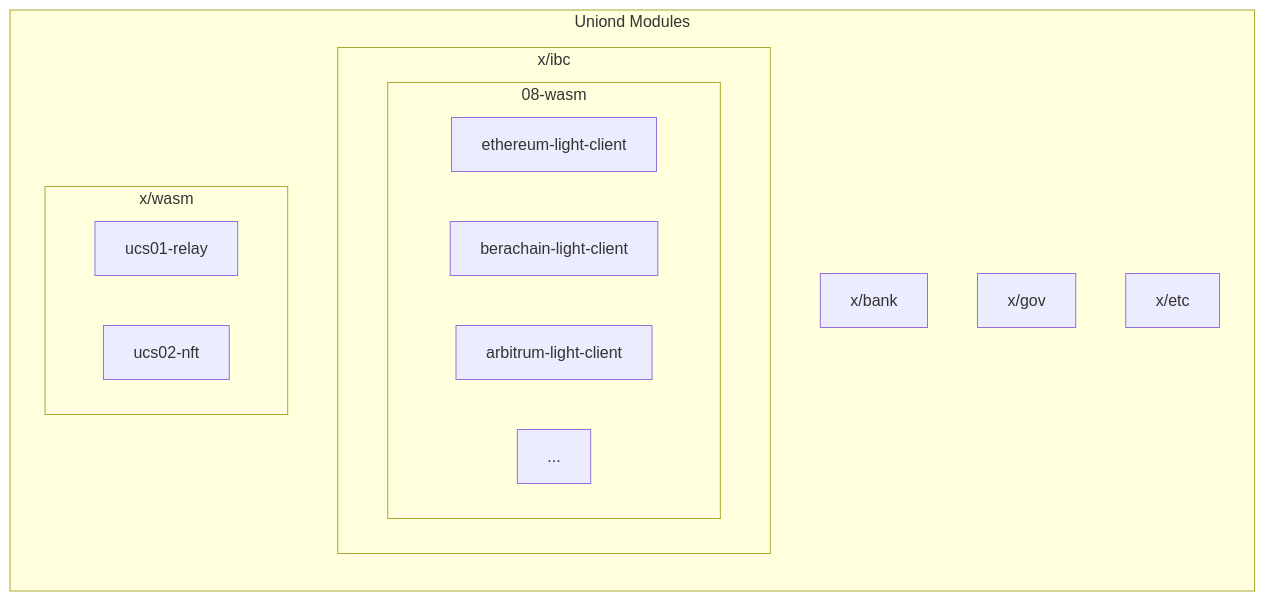
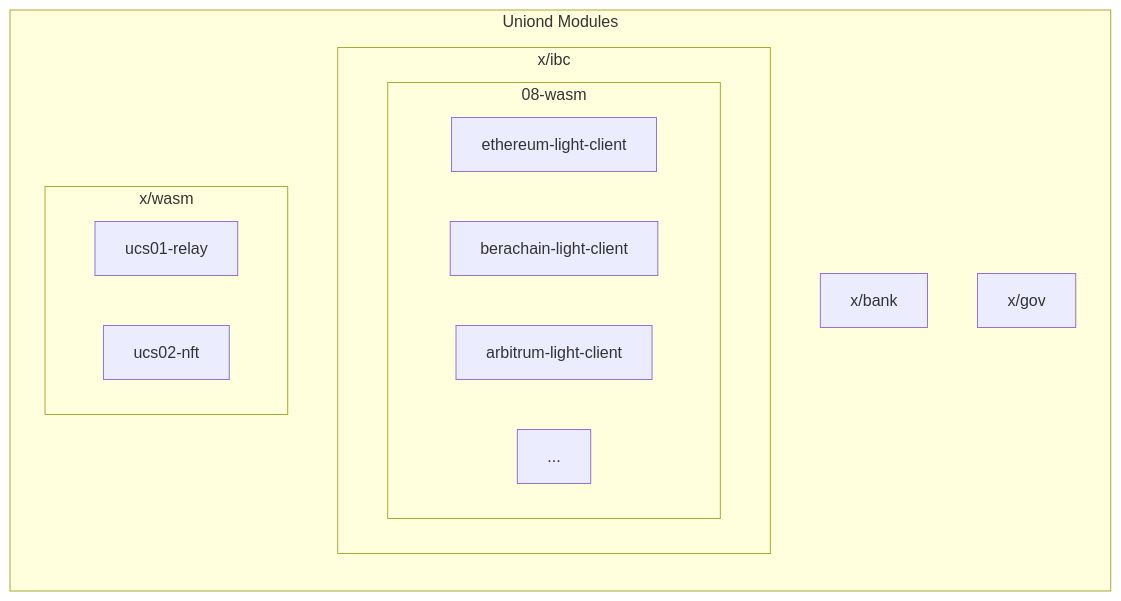
The diagram in uniond/README.md (unionlabs/union), drawn with Mermaid before and after one commit.

````diff
--- a/uniond/README.md
+++ b/uniond/README.md
@@ -31,22 +31,21 @@
 ```mermaid
 graph LR
     subgraph Uniond Modules
         x/bank
         x/gov
         subgraph x/ibc
           subgraph 08-wasm
             ethereum-light-client["ethereum-light-client"]
             berachain-light-client["berachain-light-client"]
             arbitrum-light-client["arbitrum-light-client"]
-            ...
+            ...[...]
           end
         end
         subgraph x/wasm
           ucs01-relay["ucs01-relay"]
           ucs02-nft["ucs02-nft"]
-          ...
+          ...[...]
         end
-        x/etc
-        ...
+        ...[...]
     end
 ```
````
